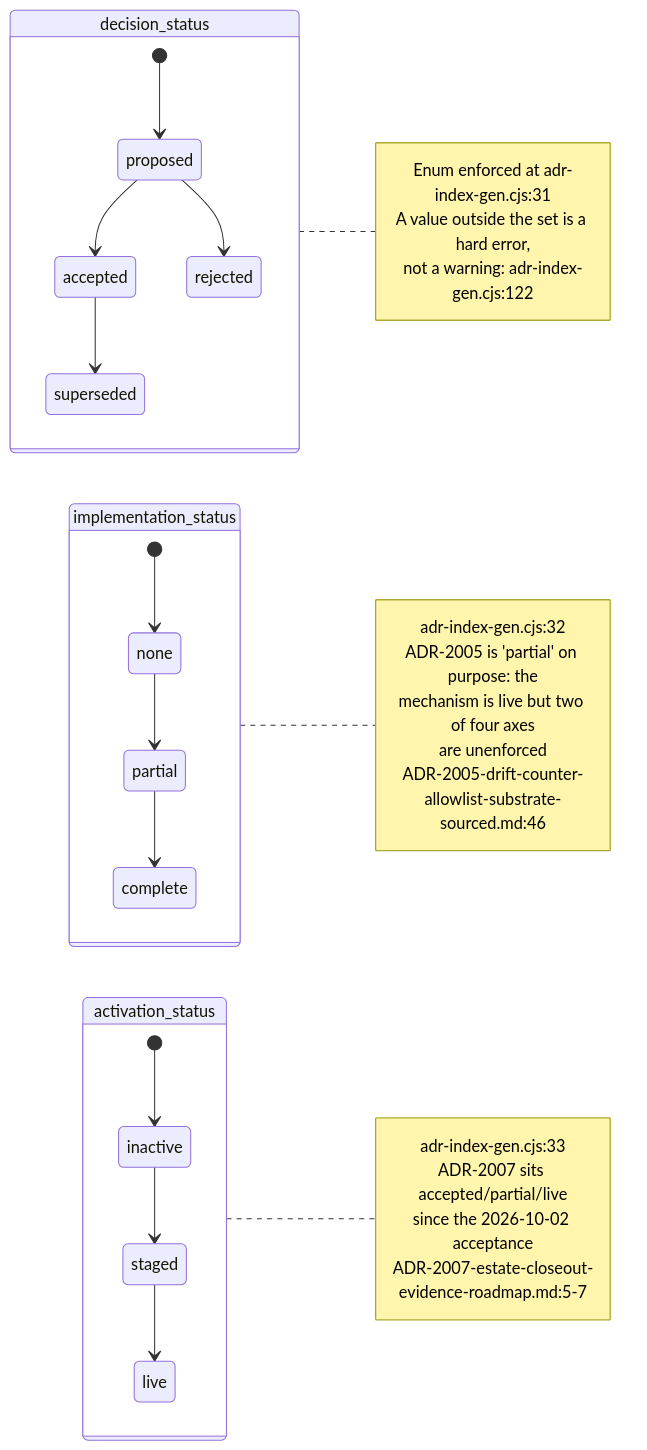
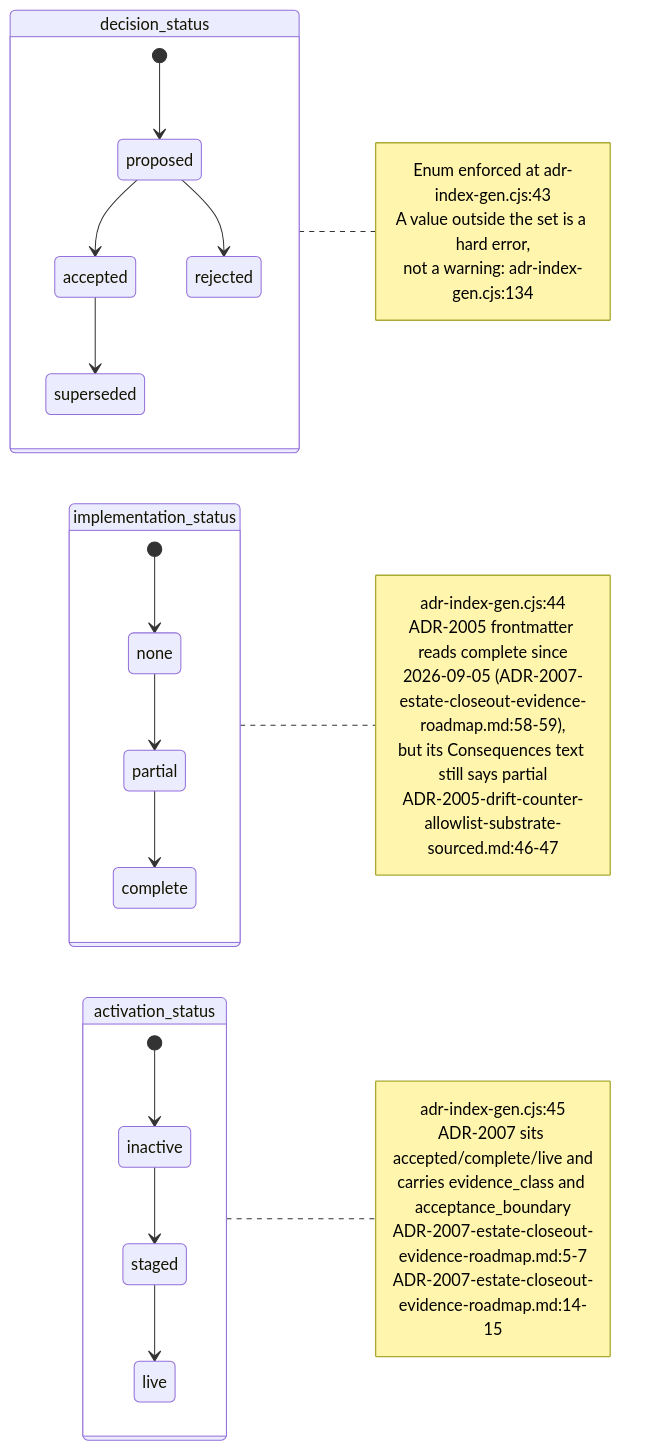
The third of 11 diagrams in docs/diagrams/visionflow/01-repo-composition-and-canon.md (DreamLab-AI/VisionFlow), drawn with Mermaid before and after one commit. The commit also changed other lines of this file and 91 other files, not shown here.

````diff
--- a/docs/diagrams/visionflow/01-repo-composition-and-canon.md
+++ b/docs/diagrams/visionflow/01-repo-composition-and-canon.md
@@ -131,38 +138,39 @@
 ```mermaid
 stateDiagram-v2
     direction LR
     state "decision_status" as DEC {
         [*] --> proposed
         proposed --> accepted
         proposed --> rejected
         accepted --> superseded
     }
     state "implementation_status" as IMP {
         [*] --> none
         none --> partial
         partial --> complete
     }
     state "activation_status" as ACT {
         [*] --> inactive
         inactive --> staged
         staged --> live
     }
     note right of DEC
-      Enum enforced at adr-index-gen.cjs:31
+      Enum enforced at adr-index-gen.cjs:43
       A value outside the set is a hard error,
-      not a warning: adr-index-gen.cjs:122
+      not a warning: adr-index-gen.cjs:134
     end note
     note right of IMP
-      adr-index-gen.cjs:32
-      ADR-2005 is 'partial' on purpose: the
-      mechanism is live but two of four axes
-      are unenforced
-      ADR-2005-drift-counter-allowlist-substrate-sourced.md:46
+      adr-index-gen.cjs:44
+      ADR-2005 frontmatter reads complete since
+      2026-09-05 (ADR-2007-estate-closeout-evidence-roadmap.md:58-59),
+      but its Consequences text still says partial
+      ADR-2005-drift-counter-allowlist-substrate-sourced.md:46-47
     end note
     note right of ACT
-      adr-index-gen.cjs:33
-      ADR-2007 sits accepted/partial/live
-      since the 2026-10-02 acceptance
+      adr-index-gen.cjs:45
+      ADR-2007 sits accepted/complete/live and
+      carries evidence_class and acceptance_boundary
       ADR-2007-estate-closeout-evidence-roadmap.md:5-7
+      ADR-2007-estate-closeout-evidence-roadmap.md:14-15
     end note
 ```
````
